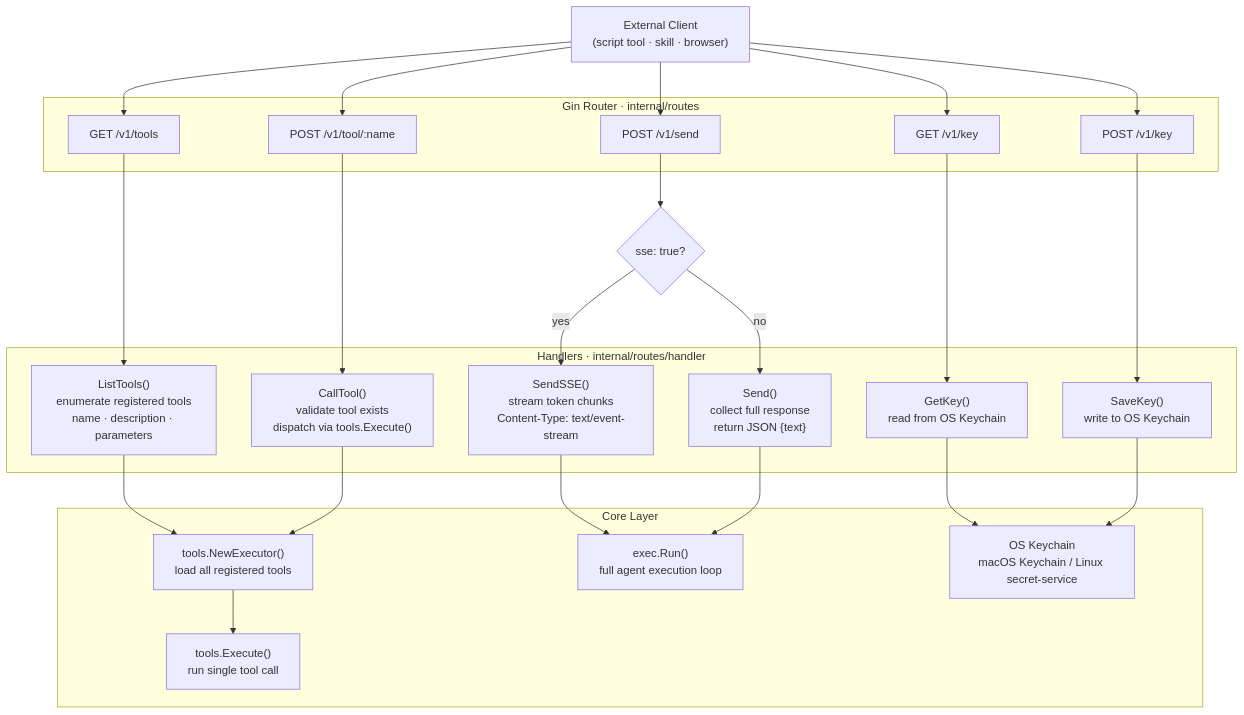
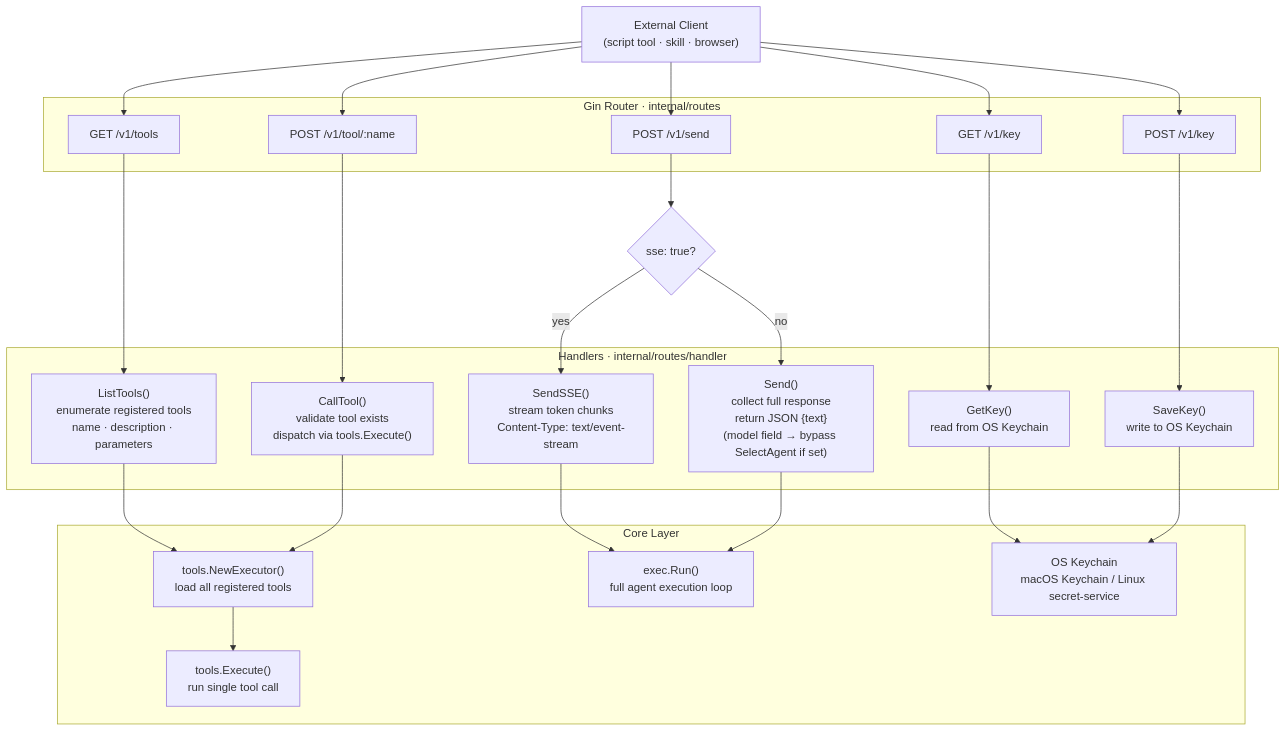
One commit to pardnchiu/Agenvoy changed the seventh of 7 diagrams in doc/architecture.md. Above: the diagram before and after it, drawn with Mermaid. The commit also changed other lines of this file and 6 other files, not shown here.

Commit message:
release: v0.17.2 Add three external agent tools with internal priority-model selection

````diff
--- a/doc/architecture.md
+++ b/doc/architecture.md
@@ -292,46 +301,46 @@
 ```mermaid
 flowchart TD
     Client["External Client\n(script tool · skill · browser)"]
 
     subgraph Router ["Gin Router · internal/routes"]
         R1["GET  /v1/tools"]
         R2["POST /v1/tool/:name"]
         R3["POST /v1/send"]
         R4["GET  /v1/key"]
         R5["POST /v1/key"]
     end
 
     subgraph Handlers ["Handlers · internal/routes/handler"]
         H1["ListTools()\nenumerate registered tools\nname · description · parameters"]
         H2["CallTool()\nvalidate tool exists\ndispatch via tools.Execute()"]
         H3SSE["SendSSE()\nstream token chunks\nContent-Type: text/event-stream"]
-        H3JSON["Send()\ncollect full response\nreturn JSON {text}"]
+        H3JSON["Send()\ncollect full response\nreturn JSON {text}\n(model field → bypass SelectAgent if set)"]
         H4["GetKey()\nread from OS Keychain"]
         H5["SaveKey()\nwrite to OS Keychain"]
     end
 
     subgraph Core ["Core Layer"]
         Executor["tools.NewExecutor()\nload all registered tools"]
         Execute["tools.Execute()\nrun single tool call"]
         Run["exec.Run()\nfull agent execution loop"]
         KC["OS Keychain\nmacOS Keychain / Linux secret-service"]
     end
 
     SSECheck{"sse: true?"}
 
     Client --> R1 & R2 & R3 & R4 & R5
     R1 --> H1
     R2 --> H2
     R3 --> SSECheck
     SSECheck -->|"yes"| H3SSE
     SSECheck -->|"no"| H3JSON
     R4 --> H4
     R5 --> H5
 
     H1 --> Executor
     H2 --> Executor --> Execute
     H3SSE --> Run
     H3JSON --> Run
     H4 --> KC
     H5 --> KC
 ```
````
